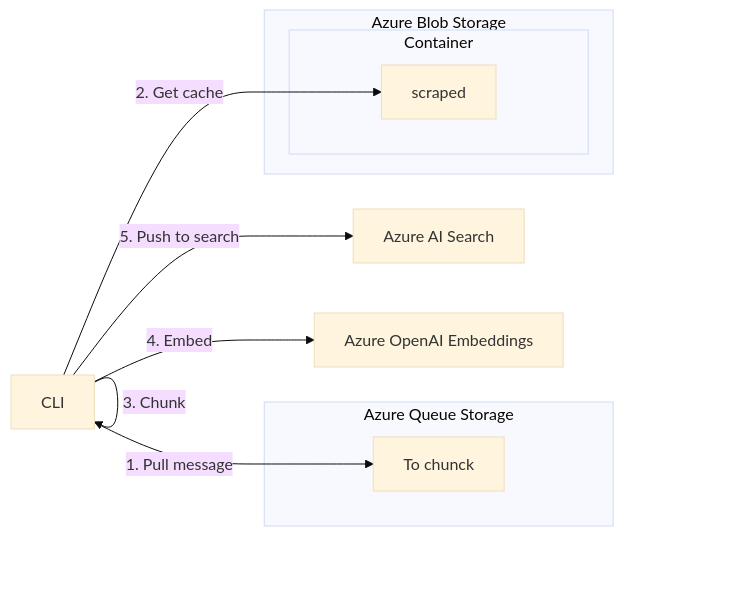
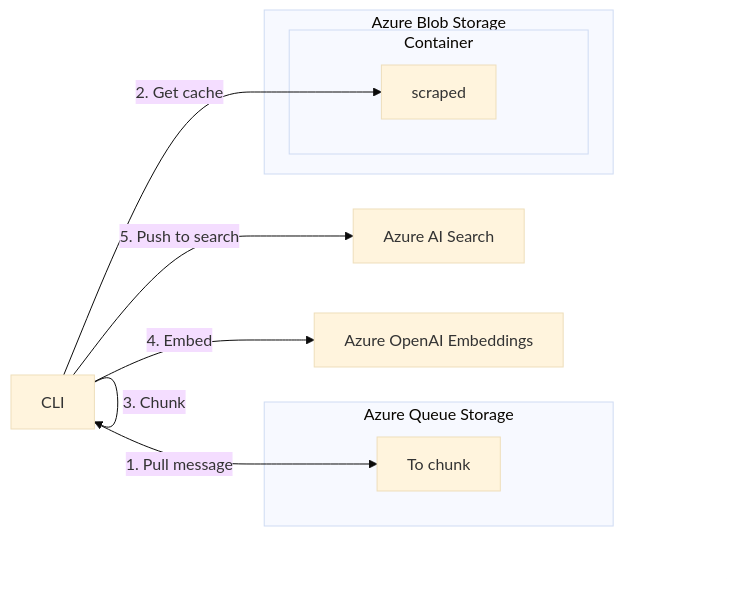
One commit to clemlesne/scrape-it-now changed the second of 2 diagrams in README.md. Above: the diagram before and after it, drawn with Mermaid (base theme). The commit also changed other lines of this file and 1 other file, not shown here.

Commit message:
chore: Fix typo in "chunk" work

````diff
--- a/README.md
+++ b/README.md
@@ -183,22 +183,22 @@
 ```mermaid
 graph LR
   ai_search["Azure AI Search"]
   cli["CLI"]
   embeddings["Azure OpenAI Embeddings"]
 
   subgraph "Azure Queue Storage"
-    to_chunck["To chunck"]
+    to_chunk["To chunk"]
   end
 
   subgraph "Azure Blob Storage"
     subgraph "Container"
       scraped["scraped"]
     end
   end
 
-  cli -- 1. Pull message --> to_chunck
+  cli -- 1. Pull message --> to_chunk
   cli -- 2. Get cache --> scraped
   cli -- 3. Chunk --> cli
   cli -- 4. Embed --> embeddings
   cli -- 5. Push to search --> ai_search
 ```
````
